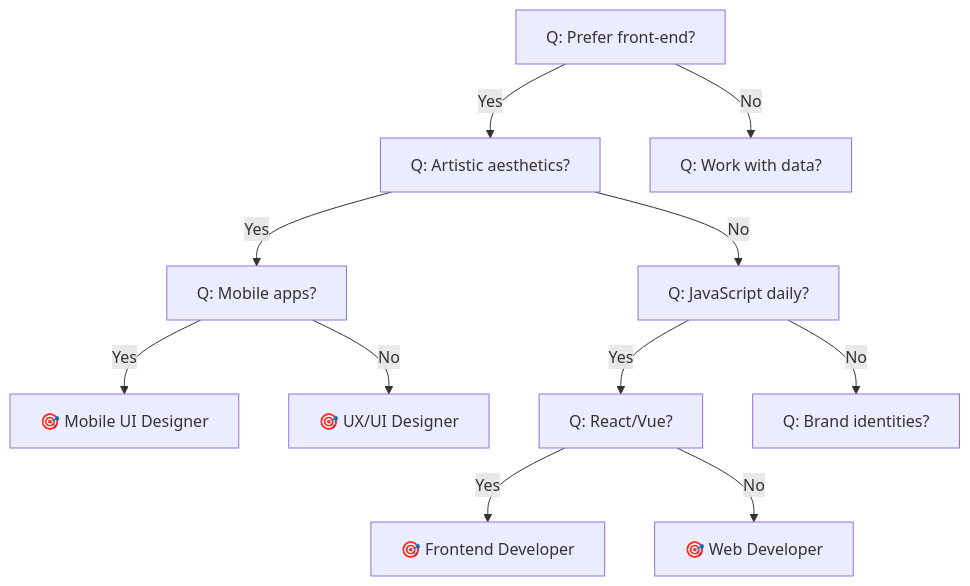
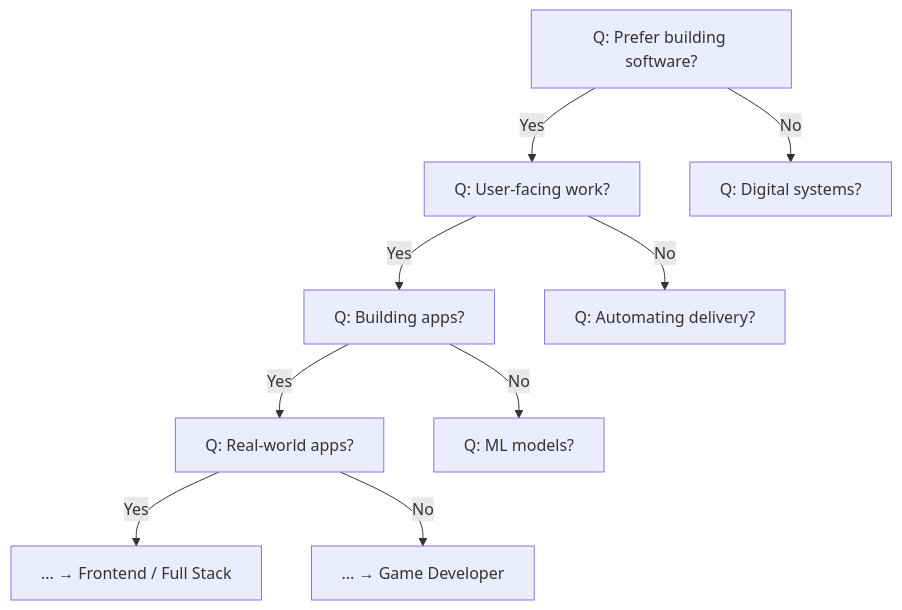
Before and after one commit to mojojojxyz/Project: the first of 2 diagrams in walkthrough.md, drawn with Mermaid. The commit also changed other lines of this file and 15 other files, not shown here.

Commit message:
refactor: simplify GameEngine into a single-round career recommendation flow and remove learning features

````diff
--- a/walkthrough.md
+++ b/walkthrough.md
@@ -27,13 +25,11 @@
 ```mermaid
 graph TD
-    A["Q: Prefer front-end?"] -->|Yes| B["Q: Artistic aesthetics?"]
-    A -->|No| C["Q: Work with data?"]
-    B -->|Yes| D["Q: Mobile apps?"]
-    B -->|No| E["Q: JavaScript daily?"]
-    D -->|Yes| F["🎯 Mobile UI Designer"]
-    D -->|No| G["🎯 UX/UI Designer"]
-    E -->|Yes| H["Q: React/Vue?"]
-    E -->|No| I["Q: Brand identities?"]
-    H -->|Yes| J["🎯 Frontend Developer"]
-    H -->|No| K["🎯 Web Developer"]
+    A["Q: Prefer building software?"] -->|Yes| B["Q: User-facing work?"]
+    A -->|No| C["Q: Digital systems?"]
+    B -->|Yes| D["Q: Building apps?"]
+    B -->|No| E["Q: Automating delivery?"]
+    D -->|Yes| F["Q: Real-world apps?"]
+    D -->|No| G["Q: ML models?"]
+    F -->|Yes| H["... → Frontend / Full Stack"]
+    F -->|No| I["... → Game Developer"]
 ```
````
